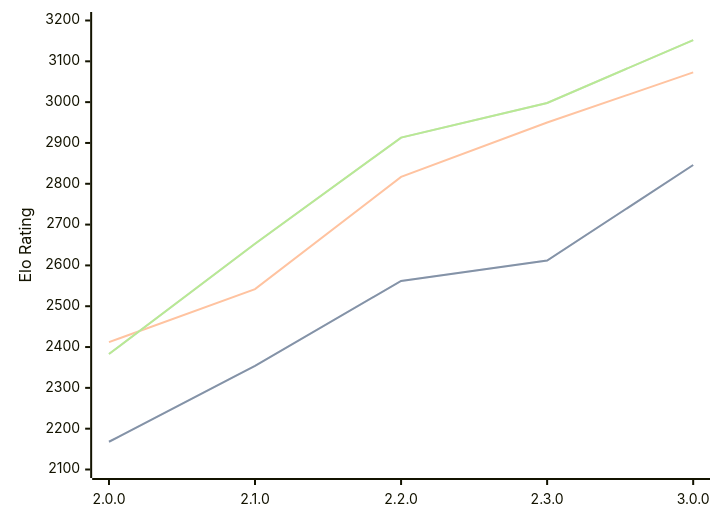
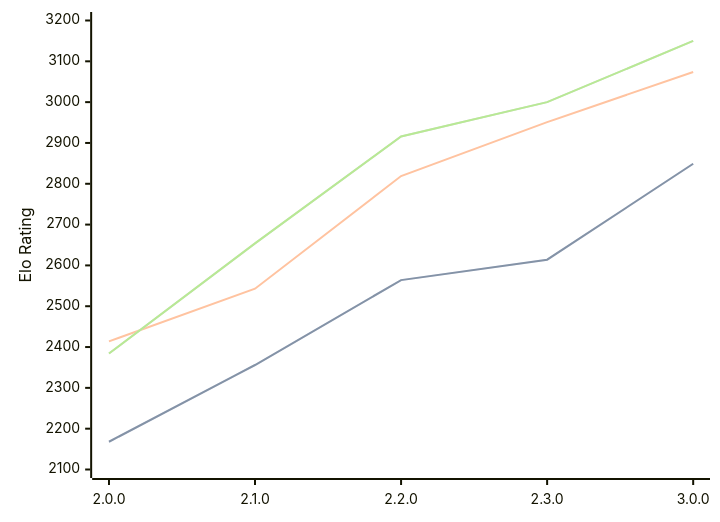
Before and after one commit to computer-chess-index/cci: the diagram in engines/Raphael.md, drawn with Mermaid. The commit also changed other lines of this file, not shown here.

Commit message:
Update CCI Ratings (ELO VLTC) - 2026-02-20

````diff
--- a/engines/Raphael.md
+++ b/engines/Raphael.md
@@ -44,11 +44,11 @@
 ```mermaid
 %%{init: {"theme":"base","themeVariables":{"seriesColors:['#a3a3a3','#222221','#faa371']}}}%%
 xychart-beta
   x-axis ["2.0.0", "2.1.0", "2.2.0", "2.3.0", "3.0.0"]
   y-axis "Elo Rating" 2100 --> 3200
-  line "STC (8.0+0.08s)" [2168, 2354, 2562, 2612, 2846]
-  line "STC (8.0+0.08s)" [2168, 2354, 2562, 2612, 2846]
-  line "LTC (60.0+0.60s)" [2412, 2542, 2817, 2950, 3073]
-  line "VLTC (2m24s+1.12s)" [2383, 2653, 2913, 2998, 3152]
-  line "VLTC (2m24s+1.12s)" [2383, 2653, 2913, 2998, 3152]
+  line "STC (8.0+0.08s)" [2168, 2356, 2564, 2614, 2849]
+  line "STC (8.0+0.08s)" [2168, 2356, 2564, 2614, 2849]
+  line "LTC (60.0+0.60s)" [2414, 2543, 2819, 2951, 3074]
+  line "VLTC (2m24s+1.12s)" [2384, 2654, 2916, 3000, 3150]
+  line "VLTC (2m24s+1.12s)" [2384, 2654, 2916, 3000, 3150]
 ```
````
